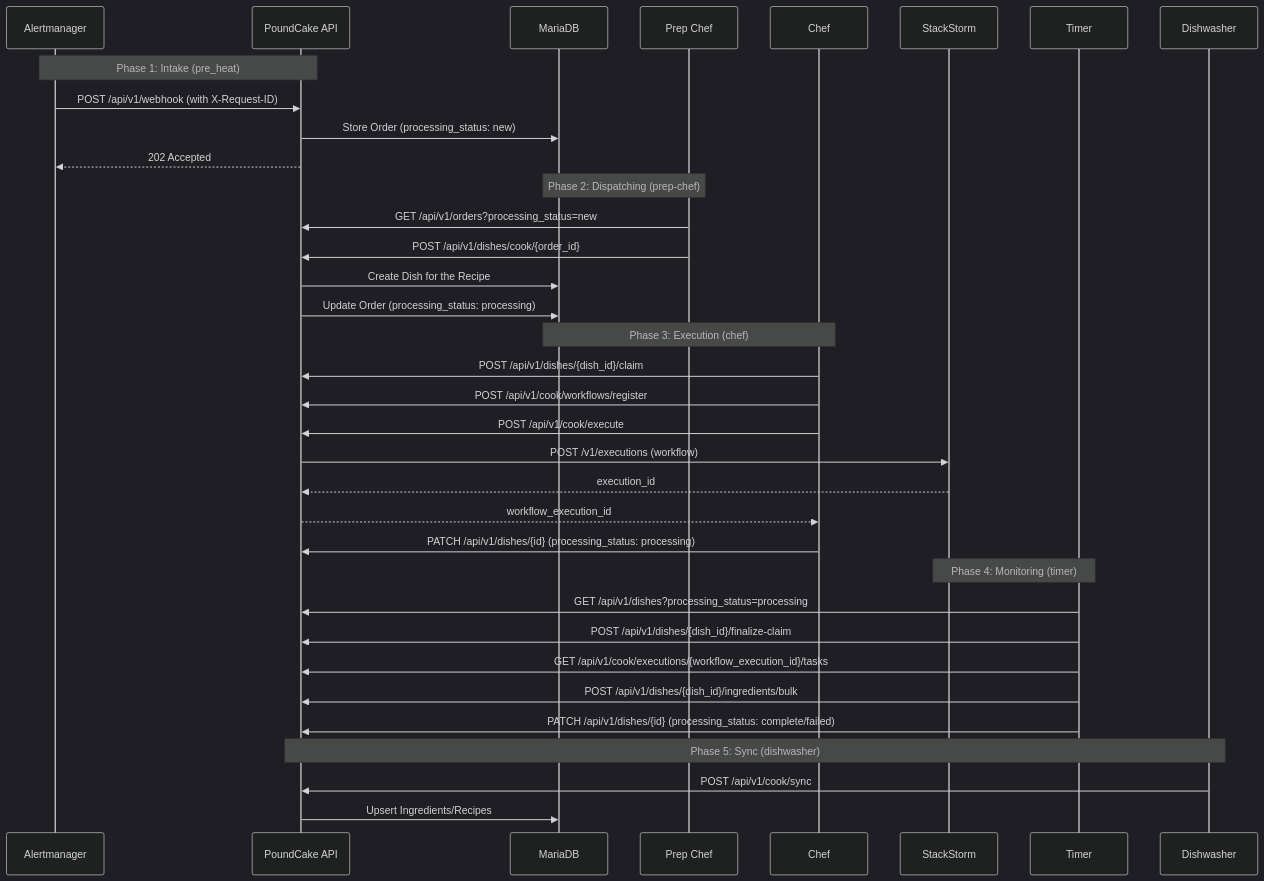
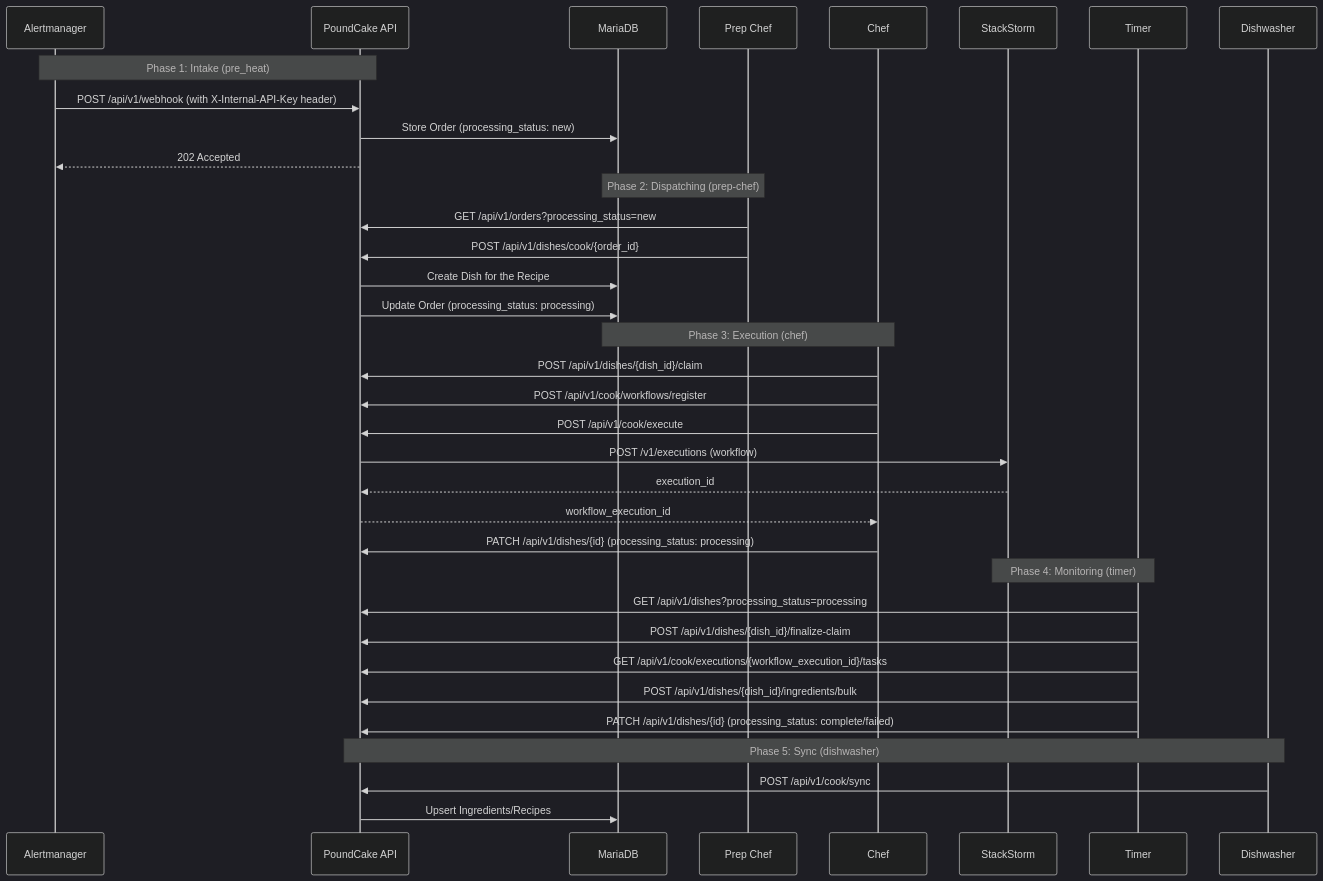
The first of 4 diagrams in README.md (rackerlabs/bakery), drawn with Mermaid (dark theme) before and after one commit. The commit also changed other lines of this file and 206 other files, not shown here.

First line of the commit message:
Fix: Helm chart fixed and sum bugs fixed and UI updated. All APIs now require auth (#46)

````diff
--- a/README.md
+++ b/README.md
@@ -11,42 +11,42 @@
 ```mermaid
 sequenceDiagram
     participant AM as Alertmanager
     participant API as PoundCake API
     participant DB as MariaDB
     participant PC as Prep Chef
     participant C as Chef
     participant ST2 as StackStorm
     participant T as Timer
     participant DW as Dishwasher
 
     Note over AM, API: Phase 1: Intake (pre_heat)
-    AM->>API: POST /api/v1/webhook (with X-Request-ID)
+    AM->>API: POST /api/v1/webhook (with X-Internal-API-Key header)
     API->>DB: Store Order (processing_status: new)
     API-->>AM: 202 Accepted
 
     Note over DB, PC: Phase 2: Dispatching (prep-chef)
     PC->>API: GET /api/v1/orders?processing_status=new
     PC->>API: POST /api/v1/dishes/cook/{order_id}
     API->>DB: Create Dish for the Recipe
     API->>DB: Update Order (processing_status: processing)
 
     Note over DB, C: Phase 3: Execution (chef)
     C->>API: POST /api/v1/dishes/{dish_id}/claim
     C->>API: POST /api/v1/cook/workflows/register
     C->>API: POST /api/v1/cook/execute
     API->>ST2: POST /v1/executions (workflow)
     ST2-->>API: execution_id
     API-->>C: workflow_execution_id
     C->>API: PATCH /api/v1/dishes/{id} (processing_status: processing)
 
     Note over ST2, T: Phase 4: Monitoring (timer)
     T->>API: GET /api/v1/dishes?processing_status=processing
     T->>API: POST /api/v1/dishes/{dish_id}/finalize-claim
     T->>API: GET /api/v1/cook/executions/{workflow_execution_id}/tasks
     T->>API: POST /api/v1/dishes/{dish_id}/ingredients/bulk
     T->>API: PATCH /api/v1/dishes/{id} (processing_status: complete/failed)
 
     Note over API, DW: Phase 5: Sync (dishwasher)
     DW->>API: POST /api/v1/cook/sync
     API->>DB: Upsert Ingredients/Recipes
 ```
````
